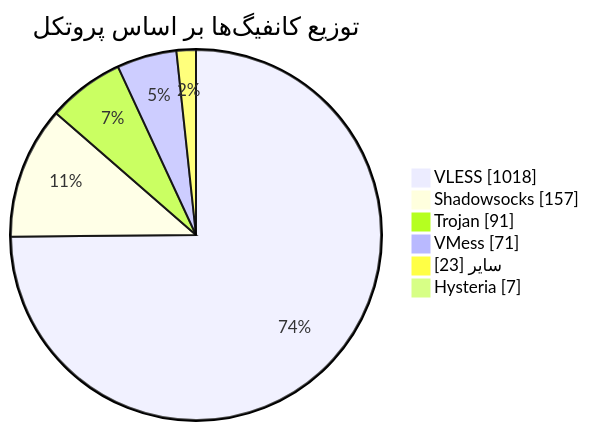
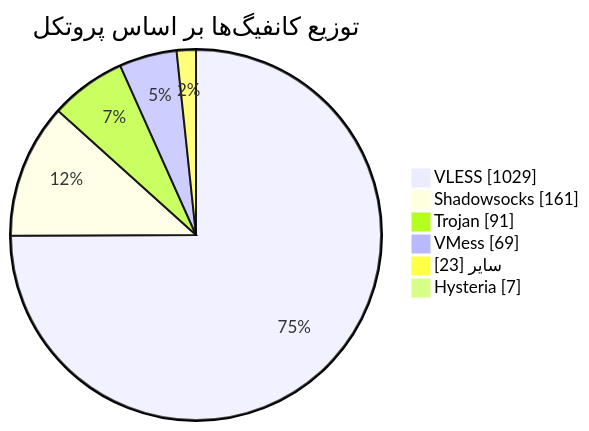
The diagram in README.md (Arian-Alijani/Somthing), drawn with Mermaid before and after one commit. The commit also changed other lines of this file and 87 other files, not shown here.

````diff
--- a/README.md
+++ b/README.md
@@ -50,10 +50,10 @@
 ```mermaid
 pie showData
     title توزیع کانفیگ‌ها بر اساس پروتکل
-    "VLESS" : 1018
-    "Shadowsocks" : 157
+    "VLESS" : 1029
+    "Shadowsocks" : 161
     "Trojan" : 91
-    "VMess" : 71
+    "VMess" : 69
     "سایر" : 23
     "Hysteria" : 7
 ```
````
